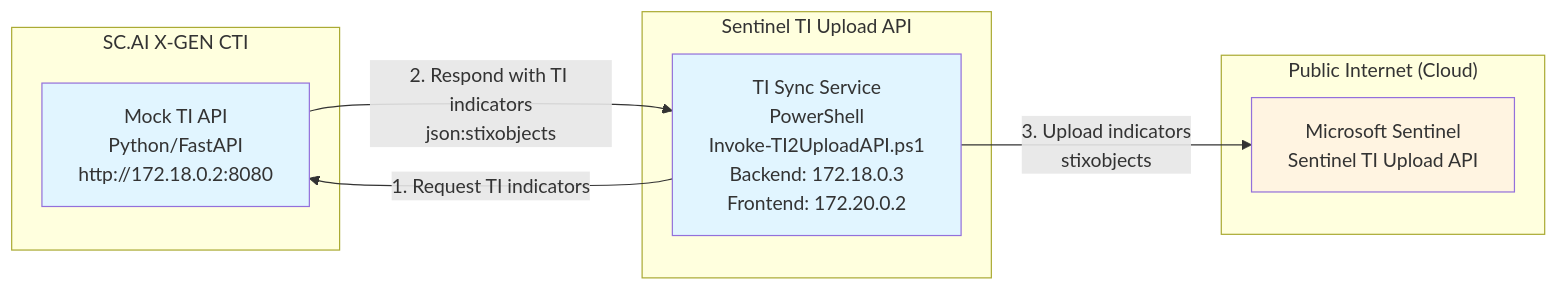
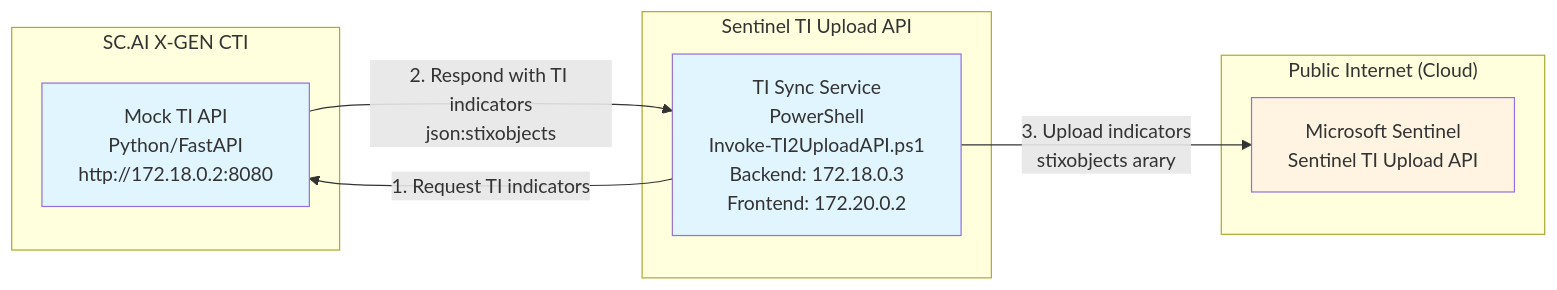
One commit to dcodev1702/Sentinel-TI-Upload-with-Mock-TI-API changed the diagram in README.md. Above: the diagram before and after it, drawn with Mermaid.

````diff
--- a/README.md
+++ b/README.md
@@ -6,22 +6,22 @@
 ```mermaid
 graph LR
     subgraph "SC.AI X-GEN CTI"
         A[Mock TI API<br/>Python/FastAPI<br/>http://172.18.0.2:8080]
     end
     
     subgraph "Sentinel TI Upload API"
         B[TI Sync Service<br/>PowerShell<br/>Invoke-TI2UploadAPI.ps1<br/>Backend: 172.18.0.3<br/>Frontend: 172.20.0.2]
     end
     
     subgraph "Public Internet (Cloud)"
         C[Microsoft Sentinel<br/>Sentinel TI Upload API]
     end
     
     B -->|1. Request TI indicators| A
     A -->|2. Respond with TI indicators<br/>json:stixobjects| B
-    B -->|3. Upload indicators<br/>stixobjects| C
+    B -->|3. Upload indicators<br/>stixobjects arary| C
     
     style A fill:#e1f5ff
     style B fill:#e1f5ff
     style C fill:#fff4e1
 ```
````
